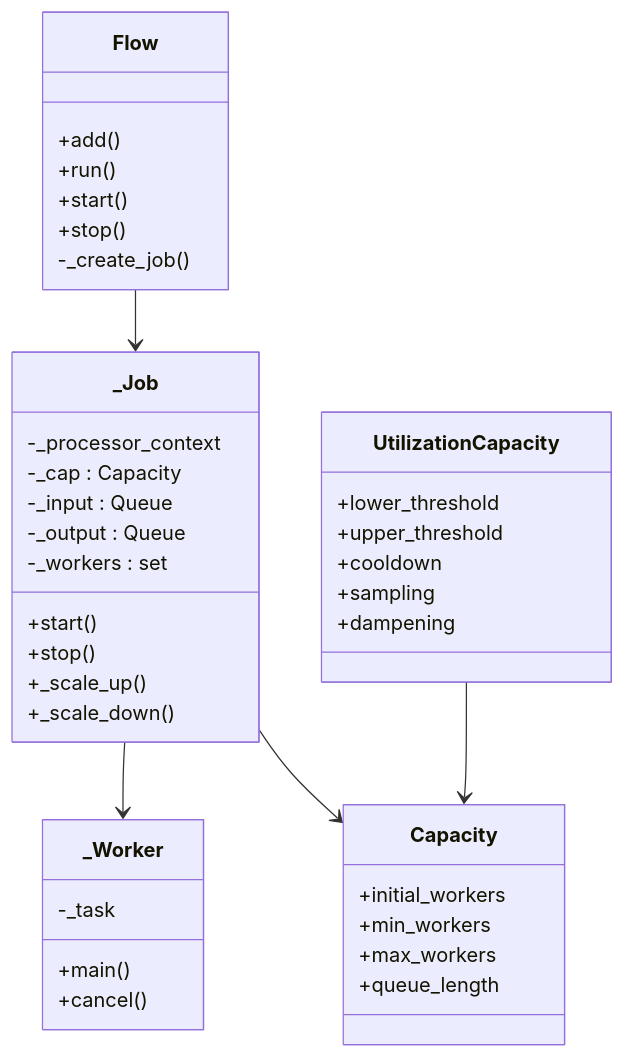
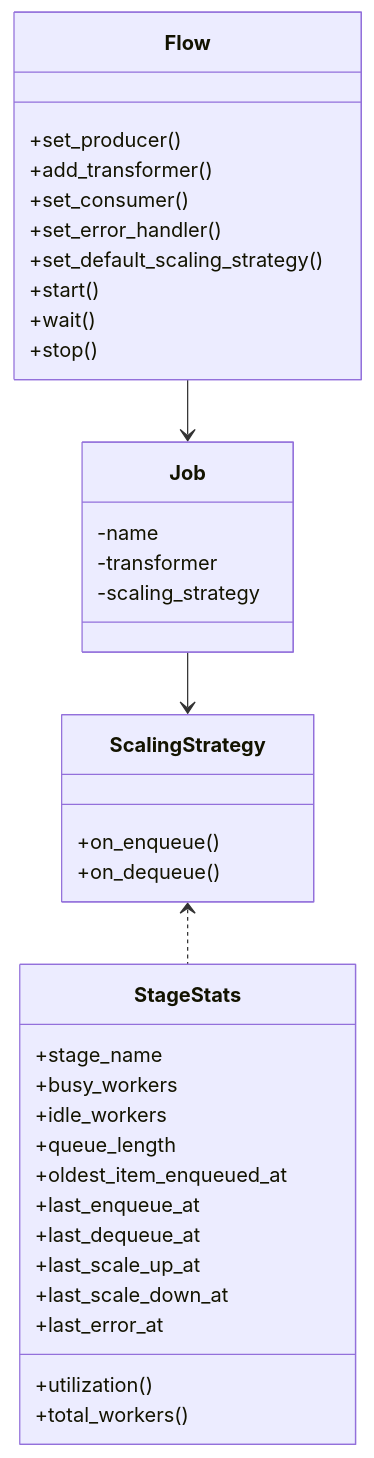
One commit to maxsimov/flowrhythm changed the first of 2 diagrams in README.md. Above: the diagram before and after it, drawn with Mermaid. The commit also changed other lines of this file and 15 other files, not shown here.

````diff
--- a/README.md
+++ b/README.md
@@ -135,48 +152,43 @@
 ```mermaid
 classDiagram
     class Flow {
-        +add()
-        +run()
+        +set_producer()
+        +add_transformer()
+        +set_consumer()
+        +set_error_handler()
+        +set_default_scaling_strategy()
         +start()
+        +wait()
         +stop()
-        -_create_job()
     }
 
-    class _Job {
-        -_processor_context
-        -_cap : Capacity
-        -_input : Queue
-        -_output : Queue
-        -_workers : set
-        +start()
-        +stop()
-        +_scale_up()
-        +_scale_down()
+    class Job {
+        -name
+        -transformer
+        -scaling_strategy
     }
 
-    class _Worker {
-        -_task
-        +main()
-        +cancel()
+    class ScalingStrategy {
+        +on_enqueue()
+        +on_dequeue()
     }
 
-    class Capacity {
-        +initial_workers
-        +min_workers
-        +max_workers
+    class StageStats {
+        +stage_name
+        +busy_workers
+        +idle_workers
         +queue_length
+        +oldest_item_enqueued_at
+        +last_enqueue_at
+        +last_dequeue_at
+        +last_scale_up_at
+        +last_scale_down_at
+        +last_error_at
+        +utilization()
+        +total_workers()
     }
 
-    class UtilizationCapacity {
-        +lower_threshold
-        +upper_threshold
-        +cooldown
-        +sampling
-        +dampening
-    }
-
-    Flow --> _Job
-    _Job --> _Worker
-    _Job --> Capacity
-    UtilizationCapacity --> Capacity
+    Flow --> Job
+    Job --> ScalingStrategy
+    ScalingStrategy <.. StageStats
 ```
````
